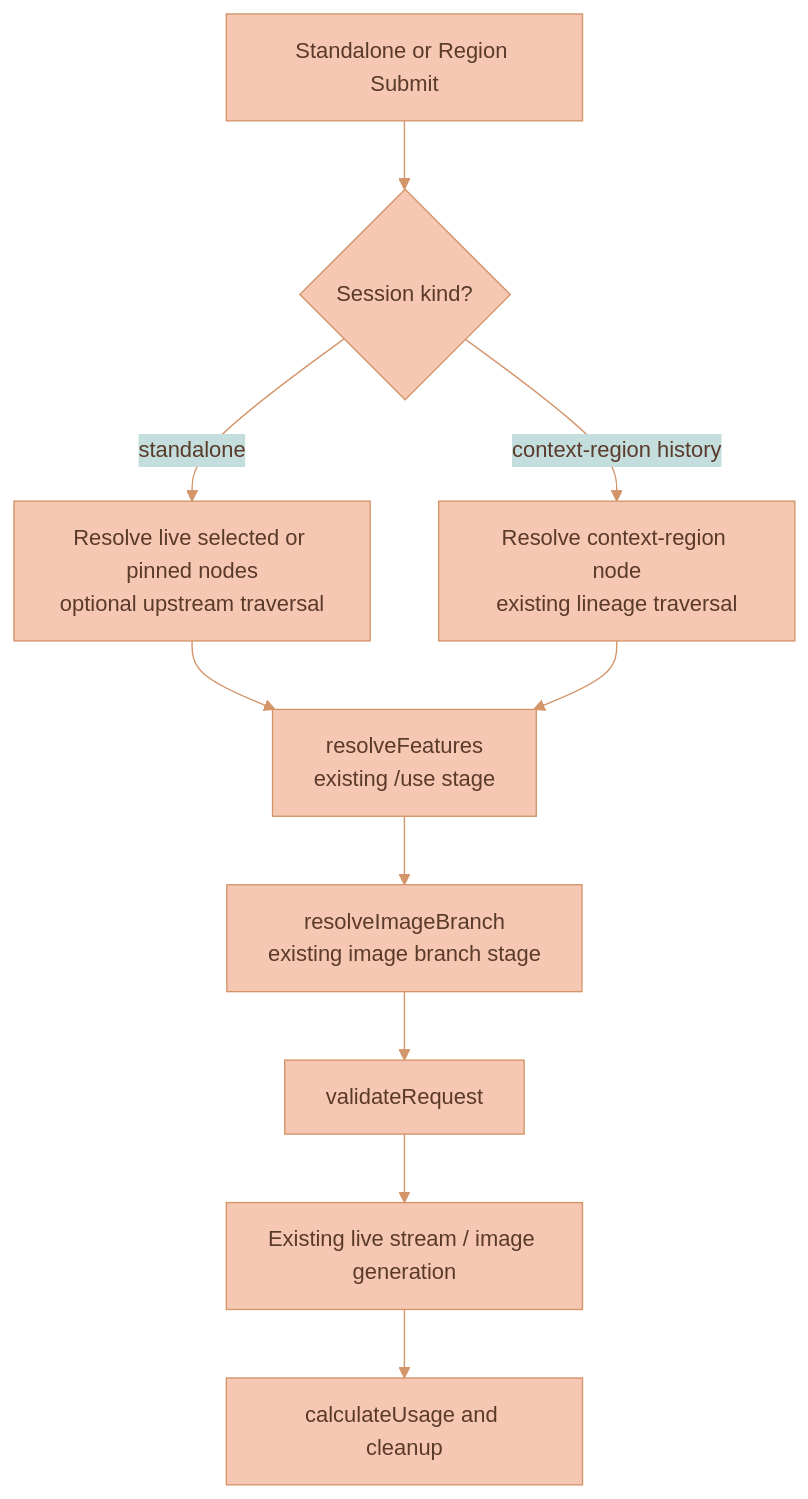
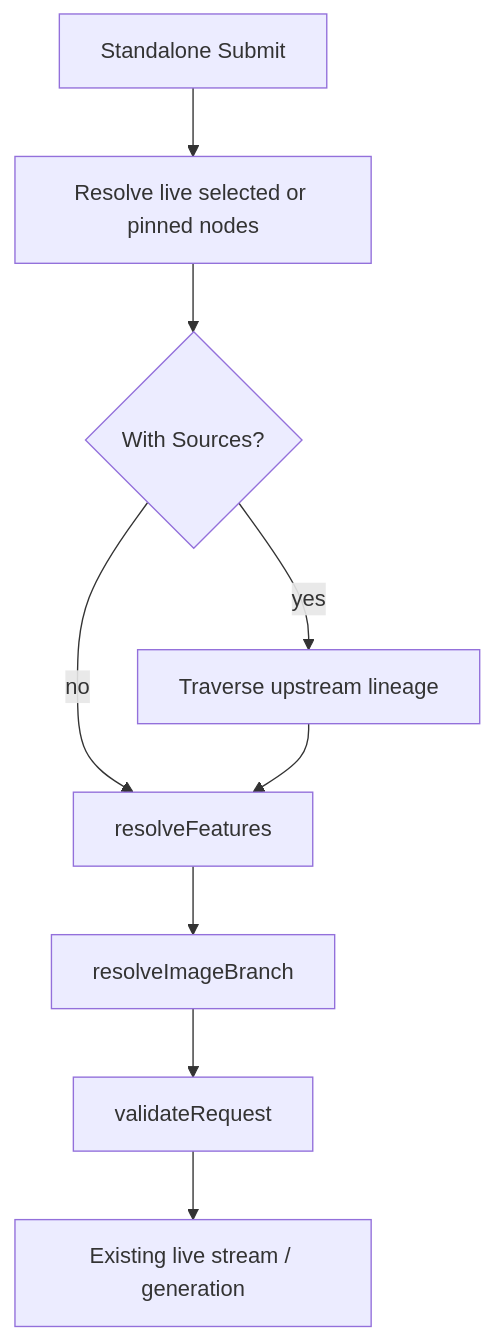
Before and after one commit to Lixpi/lixpi: the diagram in documentation/features/AI-CHAT-WORKSPACE-SESSIONS.md, drawn with Mermaid. The commit also changed other lines of this file and 50 other files, not shown here.

````diff
--- a/documentation/features/AI-CHAT-WORKSPACE-SESSIONS.md
+++ b/documentation/features/AI-CHAT-WORKSPACE-SESSIONS.md
@@ -397,23 +102,20 @@
 ```mermaid
-%%{init: {'theme': 'base', 'themeVariables': { 'primaryColor': '#F6C7B3', 'primaryTextColor': '#5a3a2a', 'primaryBorderColor': '#d4956a', 'secondaryColor': '#C3DEDD', 'secondaryTextColor': '#1a3a47', 'secondaryBorderColor': '#4a8a9d', 'tertiaryColor': '#DCECE9', 'tertiaryTextColor': '#1a3a47', 'tertiaryBorderColor': '#82B2C0', 'lineColor': '#d4956a', 'textColor': '#5a3a2a'}}}%%
-graph TB
-    Submit[Standalone or Region Submit]
-    Resolve{Session kind?}
-    Selection[Resolve live selected or pinned nodes<br/>optional upstream traversal]
-    Region[Resolve context-region node<br/>existing lineage traversal]
-    Features[resolveFeatures<br/>existing /use stage]
-    Branch[resolveImageBranch<br/>existing image branch stage]
+flowchart TB
+    Submit[Standalone Submit]
+    Selection[Resolve live selected or pinned nodes]
+    Sources{With Sources?}
+    Upstream[Traverse upstream lineage]
+    Features[resolveFeatures]
+    Branch[resolveImageBranch]
     Validate[validateRequest]
-    Stream[Existing live stream / image generation]
-    Usage[calculateUsage and cleanup]
+    Stream[Existing live stream / generation]
 
-    Submit --> Resolve
-    Resolve -->|standalone| Selection
-    Resolve -->|context-region history| Region
-    Selection --> Features
-    Region --> Features
+    Submit --> Selection
+    Selection --> Sources
+    Sources -->|yes| Upstream
+    Sources -->|no| Features
+    Upstream --> Features
     Features --> Branch
     Branch --> Validate
     Validate --> Stream
-    Stream --> Usage
 ```
````
